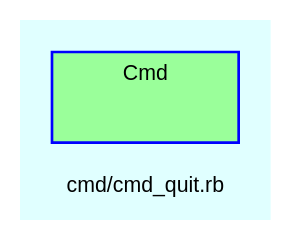
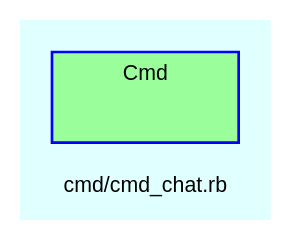
The diagram in doc/dot/f_27.dot (Tyche/teensymud), drawn with Graphviz before and after one commit. The commit also changed 282 other files, not shown here.

```diff
--- a/doc/dot/f_27.dot
+++ b/doc/dot/f_27.dot
@@ -1,29 +1,29 @@
 digraph TopLevel {
     compound = true
     bgcolor = lightcyan1
     fontname = Arial
     fontsize = 8
-    label = "cmd/cmd_quit.rb"
+    label = "cmd/cmd_chat.rb"
     node [
         fontname = Arial,
         fontsize = 8,
         color = black
     ]
 
     subgraph cluster_Cmd {
         fillcolor = palegreen1
         URL = "classes/Cmd.html"
         fontname = Arial
         color = blue
         label = "Cmd"
         style = filled
         Cmd [
             shape = plaintext,
             height = 0.01,
             width = 0.75,
             label = ""
         ]
 
     }
 
 }
```
